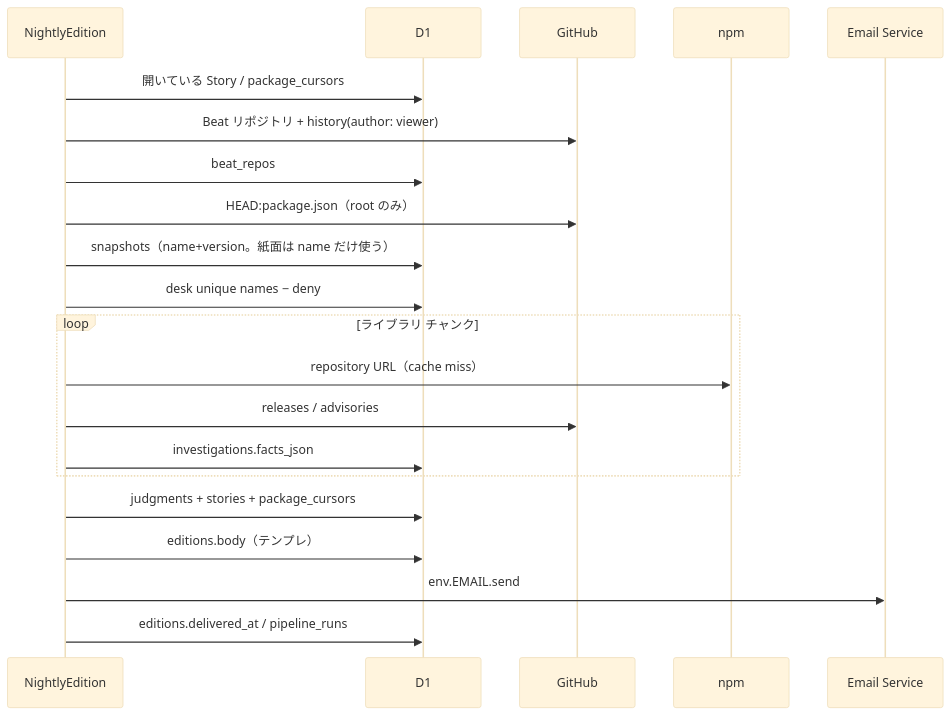
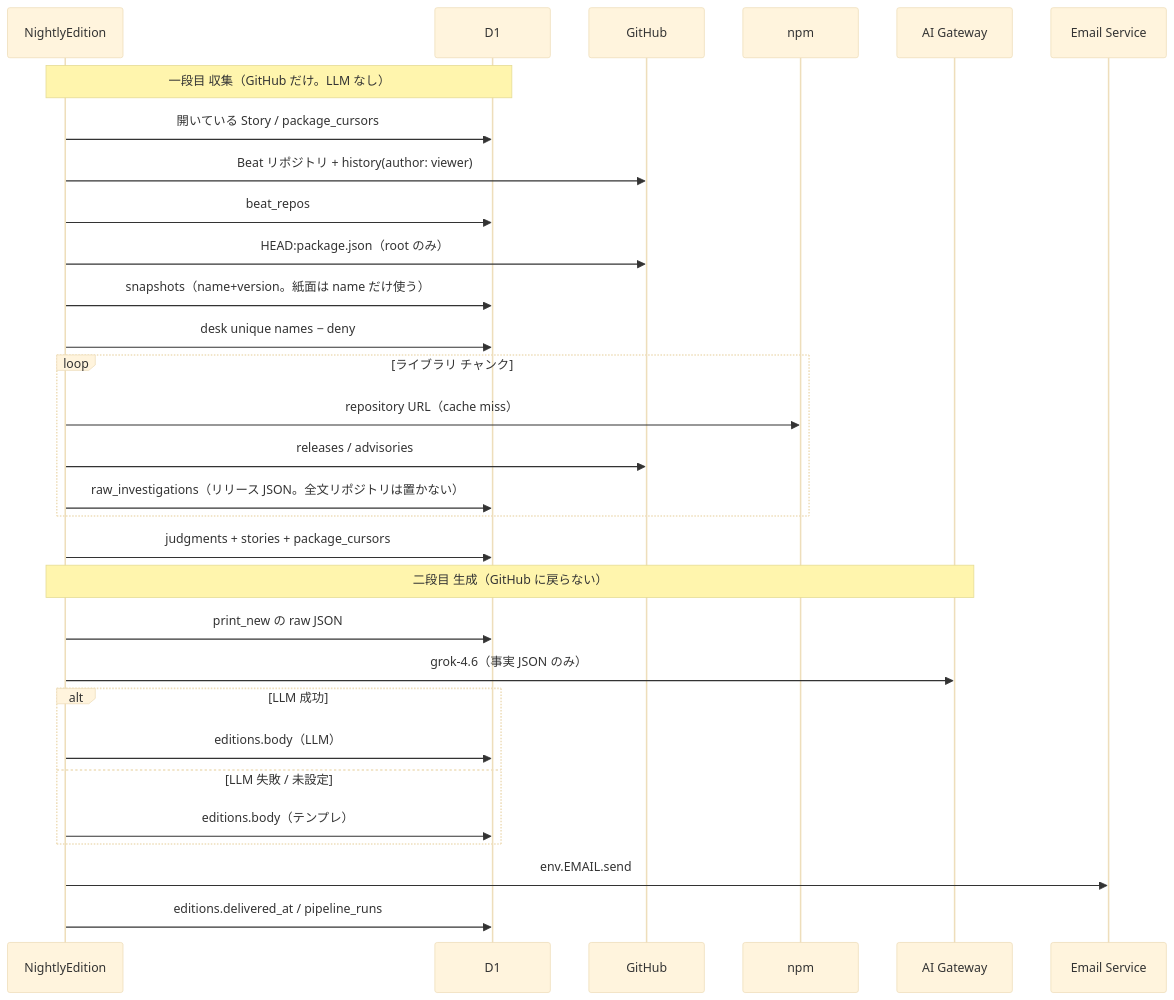
One commit to chobitapp/chobitnews changed the second of 3 diagrams in docs/本番ワークフロー.md. Above: the diagram before and after it, drawn with Mermaid (base theme). The commit also changed other lines of this file, not shown here.

First line of the commit message:
夜業を収集と生成の二段にし、LLM は AI Gateway 経由にする

````diff
--- a/docs/本番ワークフロー.md
+++ b/docs/本番ワークフロー.md
@@ -389,24 +400,33 @@
 ```mermaid
 sequenceDiagram
   participant W as NightlyEdition
   participant D1 as D1
   participant GH as GitHub
   participant NPM as npm
+  participant GW as AI Gateway
   participant Mail as Email Service
 
+  Note over W,D1: 一段目 収集（GitHub だけ。LLM なし）
   W->>D1: 開いている Story / package_cursors
   W->>GH: Beat リポジトリ + history(author: viewer)
   W->>D1: beat_repos
   W->>GH: HEAD:package.json（root のみ）
   W->>D1: snapshots（name+version。紙面は name だけ使う）
   W->>D1: desk unique names − deny
   loop ライブラリ チャンク
     W->>NPM: repository URL（cache miss）
     W->>GH: releases / advisories
-    W->>D1: investigations.facts_json
+    W->>D1: raw_investigations（リリース JSON。全文リポジトリは置かない）
   end
   W->>D1: judgments + stories + package_cursors
-  W->>D1: editions.body（テンプレ）
+  Note over W,GW: 二段目 生成（GitHub に戻らない）
+  W->>D1: print_new の raw JSON
+  W->>GW: grok-4.6（事実 JSON のみ）
+  alt LLM 成功
+    W->>D1: editions.body（LLM）
+  else LLM 失敗 / 未設定
+    W->>D1: editions.body（テンプレ）
+  end
   W->>Mail: env.EMAIL.send
   W->>D1: editions.delivered_at / pipeline_runs
 ```
````
